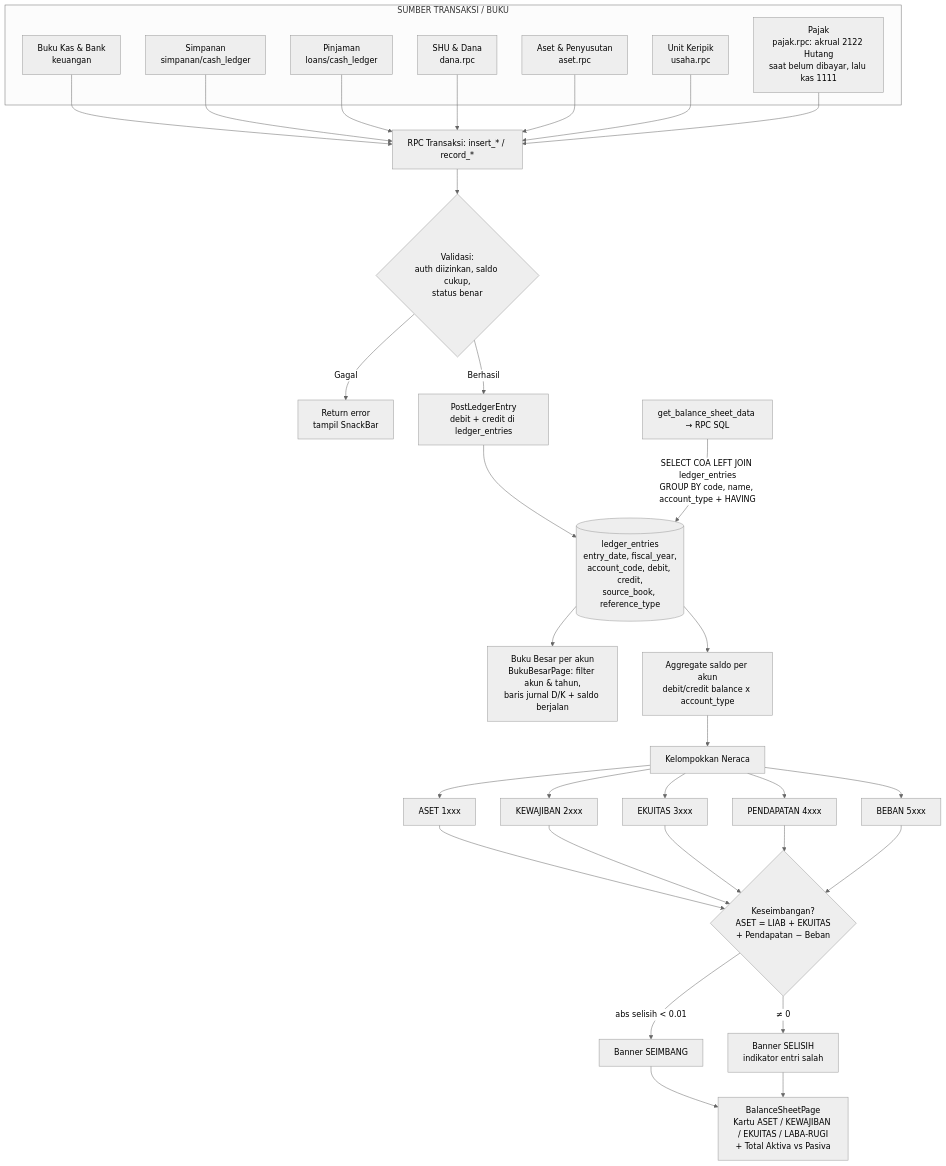
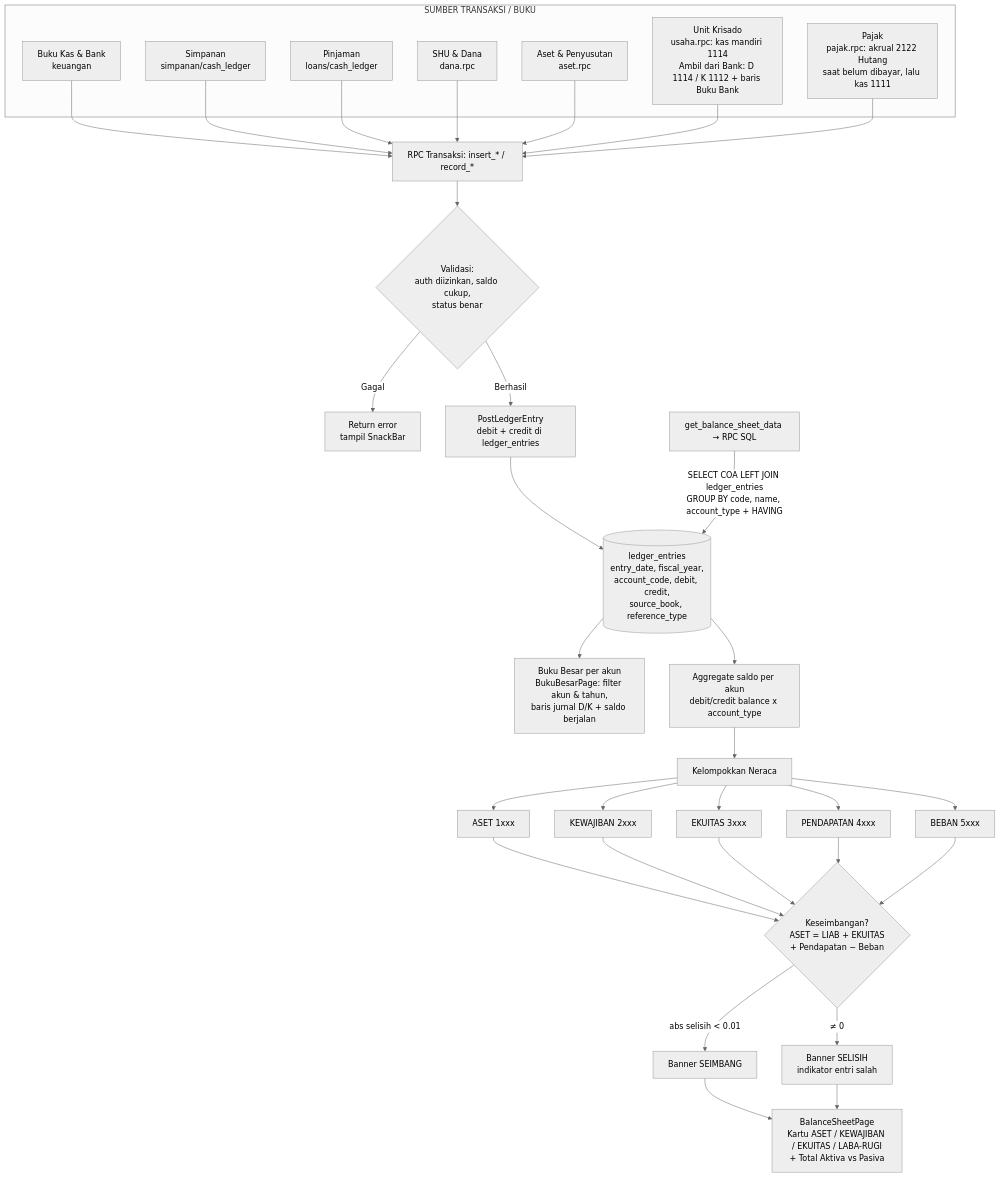
The third of 4 diagrams in Flowchart-Sadaya.md (eLgorythm/sadaya-ksu), drawn with Mermaid (neutral theme) before and after one commit. The commit also changed other lines of this file and 1 other file, not shown here.

Commit message:
docs: README proyek + perbaikan flowchart (Unit Krisado, Jurnal, kas mandiri 1114, 16 modul)

````diff
--- a/Flowchart-Sadaya.md
+++ b/Flowchart-Sadaya.md
@@ -113,48 +119,48 @@
 ```mermaid
 flowchart TD
     subgraph SUMBER[SUMBER TRANSAKSI / BUKU]
         K[Buku Kas & Bank<br/>keuangan]
         SIM[Simpanan<br/>simpanan/cash_ledger]
         PIN[Pinjaman<br/>loans/cash_ledger]
         DAN[SHU & Dana<br/>dana.rpc]
         AST[Aset & Penyusutan<br/>aset.rpc]
-        USA[Unit Keripik<br/>usaha.rpc]
+        USA[Unit Krisado<br/>usaha.rpc: kas mandiri 1114<br/>Ambil dari Bank: D 1114 / K 1112 + baris Buku Bank]
         P[Pajak<br/>pajak.rpc: akrual 2122 Hutang<br/>saat belum dibayar, lalu kas 1111]
     end
 
     K --> RPC[RPC Transaksi: insert_* / record_*]
     SIM --> RPC
     PIN --> RPC
     DAN --> RPC
     AST --> RPC
     USA --> RPC
     P --> RPC
 
     RPC --> VALID{Validasi:<br/>auth diizinkan, saldo cukup,<br/>status benar}
     VALID -->|Gagal| ERR[Return error<br/>tampil SnackBar]
     VALID -->|Berhasil| POST[PostLedgerEntry<br/>debit + credit di ledger_entries]
 
     POST --> LEDGER[(ledger_entries<br/>entry_date, fiscal_year,<br/>account_code, debit, credit,<br/>source_book, reference_type)]
 
     NERACA_RPC[get_balance_sheet_data → RPC SQL] -->|SELECT COA LEFT JOIN ledger_entries<br/>GROUP BY code, name, account_type + HAVING| LEDGER
     LEDGER --> BBDETAIL[Buku Besar per akun<br/>BukuBesarPage: filter akun & tahun,<br/>baris jurnal D/K + saldo berjalan]
     LEDGER --> AGG[Aggregate saldo per akun<br/>debit/credit balance x account_type]
 
     AGG --> GRP[Kelompokkan Neraca]
     GRP --> G1[ASET 1xxx]
     GRP --> G2[KEWAJIBAN 2xxx]
     GRP --> G3[EKUITAS 3xxx]
     GRP --> G4[PENDAPATAN 4xxx]
     GRP --> G5[BEBAN 5xxx]
 
     G1 --> BAL{Keseimbangan?<br/>ASET = LIAB + EKUITAS<br/>+ Pendapatan − Beban}
     G2 --> BAL
     G3 --> BAL
     G4 --> BAL
     G5 --> BAL
 
     BAL -->|abs selisih < 0.01| MATCH[Banner SEIMBANG]
     BAL -->|≠ 0| MISMATCH[Banner SELISIH<br/>indikator entri salah]
     MATCH --> UI[BalanceSheetPage<br/>Kartu ASET / KEWAJIBAN / EKUITAS / LABA-RUGI<br/>+ Total Aktiva vs Pasiva]
     MISMATCH --> UI
 ```
````
